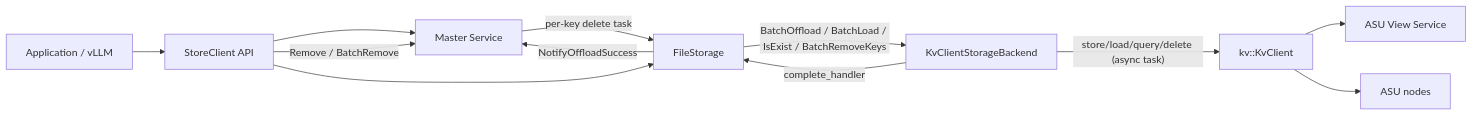
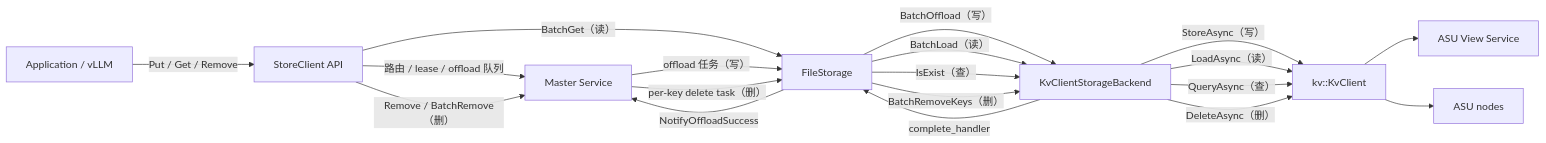
One commit to zwj20000328-dotcom/Mooncake-documents changed the first of 14 diagrams in kv-client-storage-backend.md. Above: the diagram before and after it, drawn with Mermaid. The commit also changed other lines of this file, not shown here.

Commit message:
modified:   kv-client-storage-backend.md

````diff
--- a/kv-client-storage-backend.md
+++ b/kv-client-storage-backend.md
@@ -107,14 +107,27 @@
 ```mermaid
 flowchart LR
-    App["Application / vLLM"] --> Store["StoreClient API"]
-    Store --> Master["Master Service"]
-    Store -->|"Remove / BatchRemove"| Master
-    Master -->|"per-key delete task"| FS["FileStorage"]
-    Store --> FS
-    FS -->|"BatchOffload / BatchLoad / IsExist / BatchRemoveKeys"| BE["KvClientStorageBackend"]
-    BE -->|complete_handler| FS
-    FS -->|NotifyOffloadSuccess| Master
-    BE -->|"store/load/query/delete (async task)"| KV["kv::KvClient"]
+    App["Application / vLLM"] -->|"Put / Get / Remove"| Store["StoreClient API"]
+
+    Store -->|"路由 / lease / offload 队列"| Master["Master Service"]
+    Store -->|"Remove / BatchRemove（删）"| Master
+    Store -->|"BatchGet（读）"| FS["FileStorage"]
+
+    Master -->|"offload 任务（写）"| FS
+    Master -->|"per-key delete task（删）"| FS
+
+    FS -->|"BatchOffload（写）"| BE["KvClientStorageBackend"]
+    FS -->|"BatchLoad（读）"| BE
+    FS -->|"IsExist（查）"| BE
+    FS -->|"BatchRemoveKeys（删）"| BE
+
+    BE -->|"StoreAsync（写）"| KV["kv::KvClient"]
+    BE -->|"LoadAsync（读）"| KV
+    BE -->|"QueryAsync（查）"| KV
+    BE -->|"DeleteAsync（删）"| KV
+
+    BE -->|"complete_handler"| FS
+    FS -->|"NotifyOffloadSuccess"| Master
+
     KV --> View["ASU View Service"]
     KV --> ASU["ASU nodes"]
 ```
````
